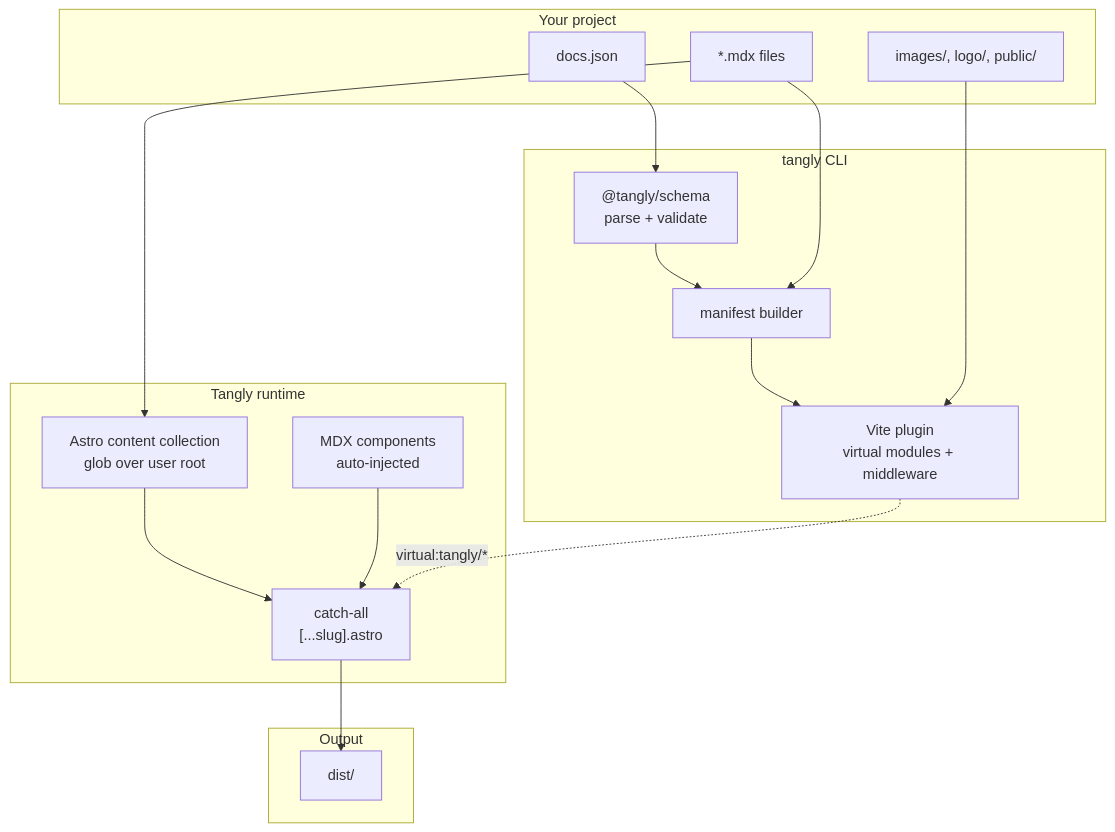
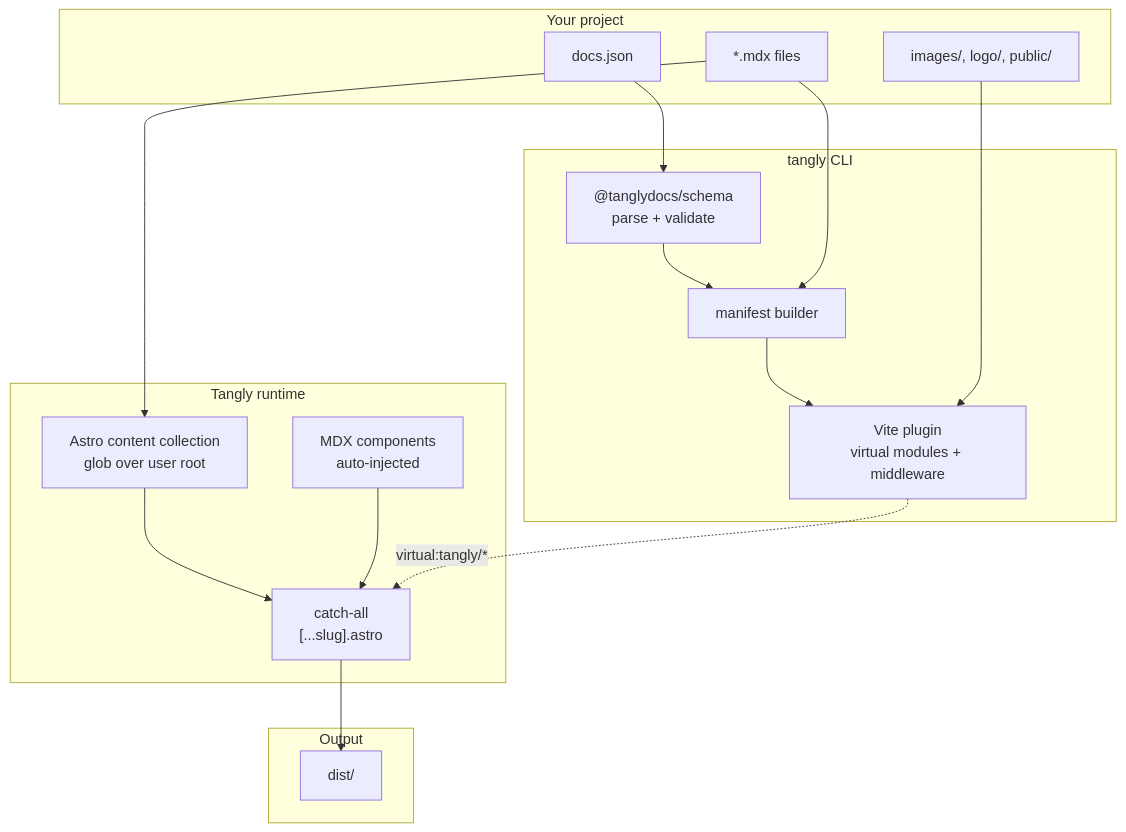
One commit to tanglydocs/tangly changed the diagram in docs/architecture/overview.mdx. Above: the diagram before and after it, drawn with Mermaid. The commit also changed other lines of this file and 85 other files, not shown here.

First line of the commit message:
refactor(scope): rename @tangly/* → @tanglydocs/* + publish all 8 packages

````diff
--- a/docs/architecture/overview.mdx
+++ b/docs/architecture/overview.mdx
@@ -13,33 +13,33 @@
 ```mermaid
 flowchart TD
   subgraph user[Your project]
     A1[docs.json]
     A2["*.mdx files"]
     A3[images/, logo/, public/]
   end
 
   subgraph cli[tangly CLI]
-    B1["@tangly/schema<br/>parse + validate"]
+    B1["@tanglydocs/schema<br/>parse + validate"]
     B2[manifest builder]
     B3[Vite plugin<br/>virtual modules + middleware]
   end
 
   subgraph runtime[Tangly runtime]
     C1["catch-all<br/>[...slug].astro"]
     C2[Astro content collection<br/>glob over user root]
     C3[MDX components<br/>auto-injected]
   end
 
   subgraph out[Output]
     D1[dist/]
   end
 
   A1 --> B1 --> B2
   A2 --> B2
   B2 --> B3
   A2 --> C2 --> C1
   C3 --> C1
   B3 -. virtual:tangly/* .-> C1
   A3 --> B3
   C1 --> D1
 ```
````
